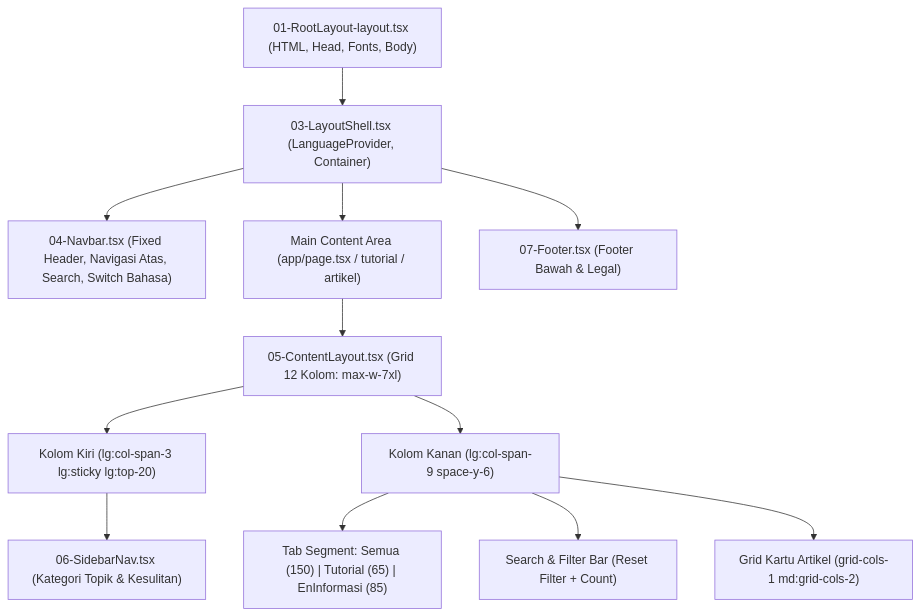
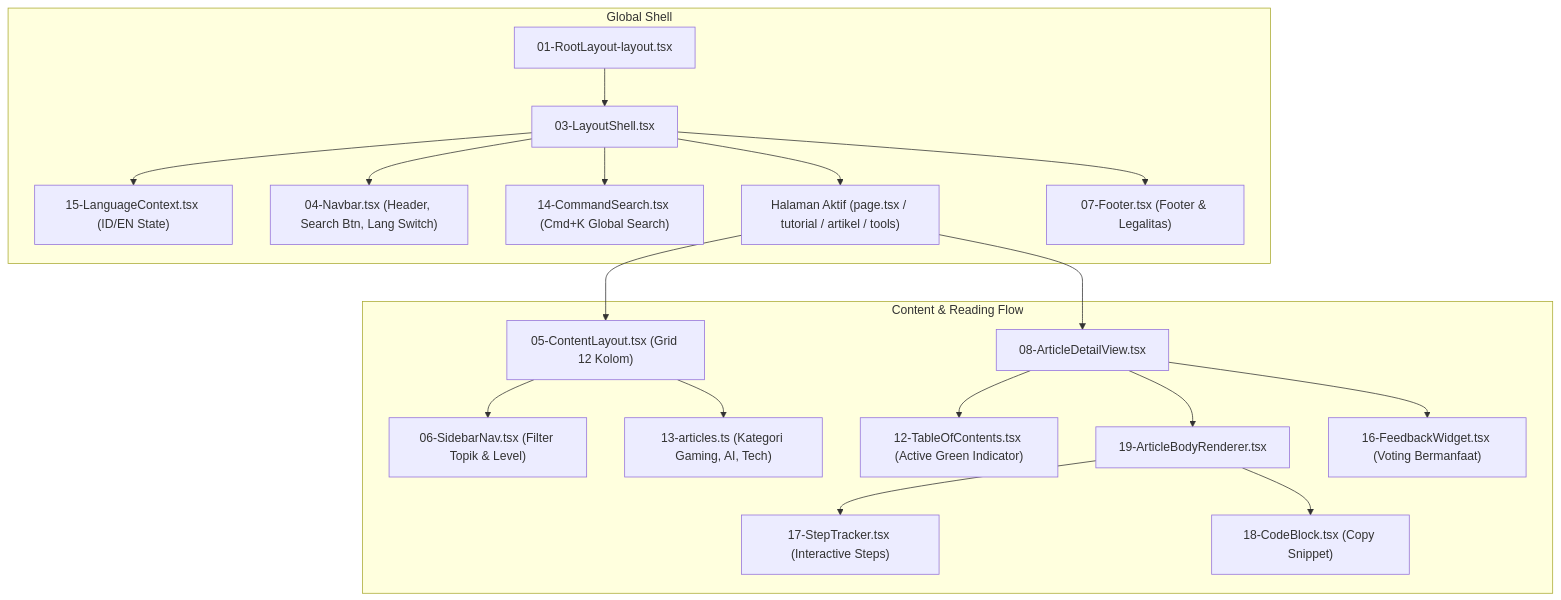
The diagram in audit-layout/README.md (EdvanVPRoject/eninformasi-hub), drawn with Mermaid before and after one commit. The commit also changed other lines of this file and 8 other files, not shown here.

````diff
--- a/audit-layout/README.md
+++ b/audit-layout/README.md
@@ -27,16 +36,23 @@
 ```mermaid
 flowchart TD
-    Root["01-RootLayout-layout.tsx (HTML, Head, Fonts, Body)"] --> Shell["03-LayoutShell.tsx (LanguageProvider, Container)"]
-    Shell --> Nav["04-Navbar.tsx (Fixed Header, Navigasi Atas, Search, Switch Bahasa)"]
-    Shell --> MainContent["Main Content Area (app/page.tsx / tutorial / artikel)"]
-    Shell --> Foot["07-Footer.tsx (Footer Bawah & Legal)"]
+    subgraph Global Shell
+        L1["01-RootLayout-layout.tsx"] --> L2["03-LayoutShell.tsx"]
+        L2 --> Lang["15-LanguageContext.tsx (ID/EN State)"]
+        L2 --> Nav["04-Navbar.tsx (Header, Search Btn, Lang Switch)"]
+        L2 --> Modal["14-CommandSearch.tsx (Cmd+K Global Search)"]
+        L2 --> MainContent["Halaman Aktif (page.tsx / tutorial / artikel / tools)"]
+        L2 --> Foot["07-Footer.tsx (Footer & Legalitas)"]
+    end
 
-    MainContent --> Grid["05-ContentLayout.tsx (Grid 12 Kolom: max-w-7xl)"]
-    Grid --> ColLeft["Kolom Kiri (lg:col-span-3 lg:sticky lg:top-20)"]
-    ColLeft --> Side["06-SidebarNav.tsx (Kategori Topik & Kesulitan)"]
-
-    Grid --> ColRight["Kolom Kanan (lg:col-span-9 space-y-6)"]
-    ColRight --> Tabs["Tab Segment: Semua (150) | Tutorial (65) | EnInformasi (85)"]
-    ColRight --> SearchBar["Search & Filter Bar (Reset Filter + Count)"]
-    ColRight --> Cards["Grid Kartu Artikel (grid-cols-1 md:grid-cols-2)"]
+    subgraph Content & Reading Flow
+        MainContent --> Grid["05-ContentLayout.tsx (Grid 12 Kolom)"]
+        Grid --> Side["06-SidebarNav.tsx (Filter Topik & Level)"]
+        Grid --> FilterQuery["13-articles.ts (Kategori Gaming, AI, Tech)"]
+        MainContent --> Reader["08-ArticleDetailView.tsx"]
+        Reader --> TOC["12-TableOfContents.tsx (Active Green Indicator)"]
+        Reader --> Parser["19-ArticleBodyRenderer.tsx"]
+        Parser --> Steps["17-StepTracker.tsx (Interactive Steps)"]
+        Parser --> Code["18-CodeBlock.tsx (Copy Snippet)"]
+        Reader --> Feedback["16-FeedbackWidget.tsx (Voting Bermanfaat)"]
+    end
 ```
````
